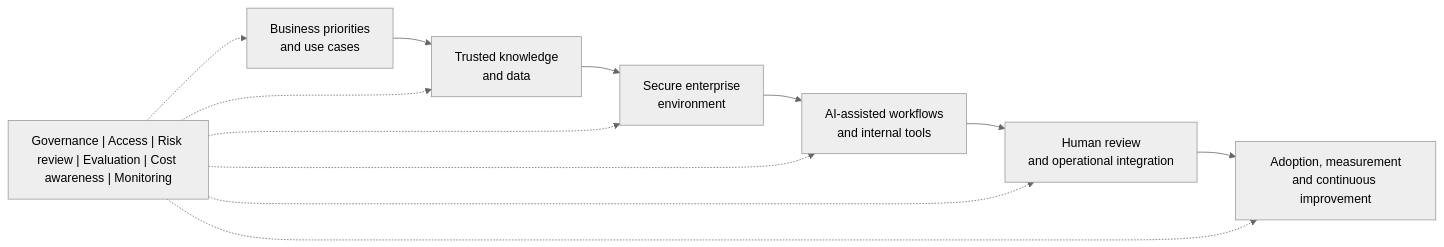
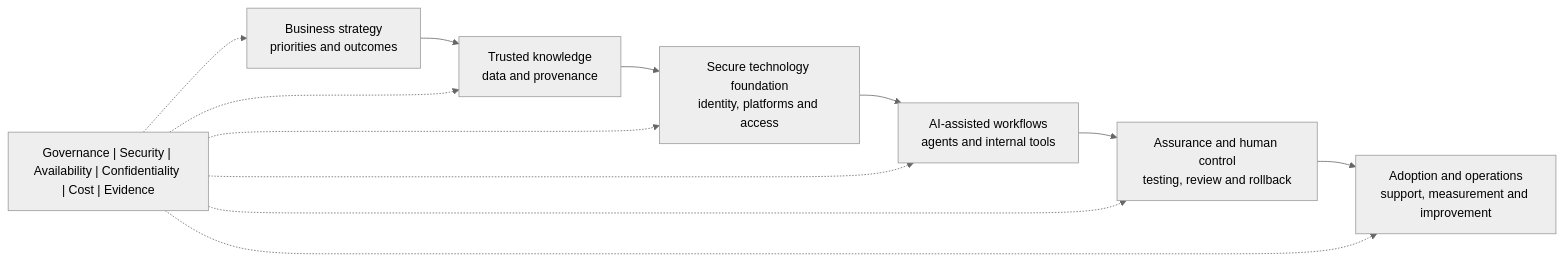
The diagram in README.md (respectyourelders86-wq/respectyourelders86-wq), drawn with Mermaid (neutral theme) before and after one commit. The commit also changed other lines of this file, not shown here.

Commit message:
Align profile with enterprise technology and AI leadership

````diff
--- a/README.md
+++ b/README.md
@@ -61,16 +62,16 @@
 ```mermaid
 flowchart LR
-    A["Business priorities<br/>and use cases"] --> B["Trusted knowledge<br/>and data"]
-    B --> C["Secure enterprise<br/>environment"]
-    C --> D["AI-assisted workflows<br/>and internal tools"]
-    D --> E["Human review<br/>and operational integration"]
-    E --> F["Adoption, measurement<br/>and continuous improvement"]
+    A["Business strategy<br/>priorities and outcomes"] --> B["Trusted knowledge<br/>data and provenance"]
+    B --> C["Secure technology foundation<br/>identity, platforms and access"]
+    C --> D["AI-assisted workflows<br/>agents and internal tools"]
+    D --> E["Assurance and human control<br/>testing, review and rollback"]
+    E --> F["Adoption and operations<br/>support, measurement and improvement"]
 
-    G["Governance | Access | Risk review | Evaluation | Cost awareness | Monitoring"]
+    G["Governance | Security | Availability | Confidentiality | Cost | Evidence"]
     G -.-> A
     G -.-> B
     G -.-> C
     G -.-> D
     G -.-> E
     G -.-> F
 ```
````
